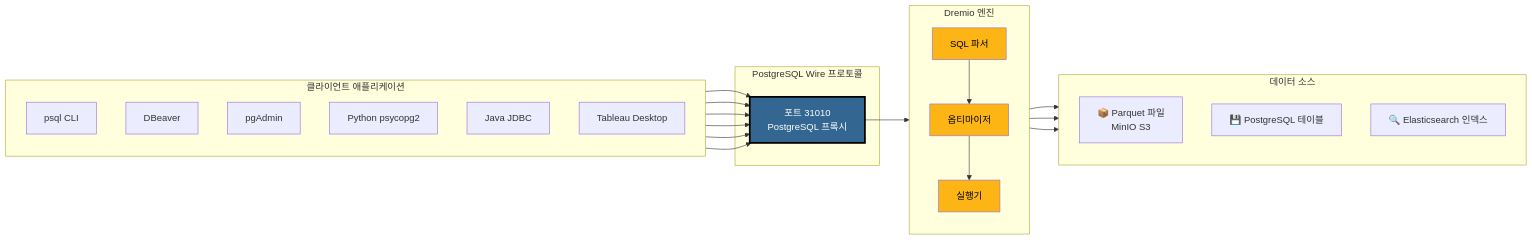
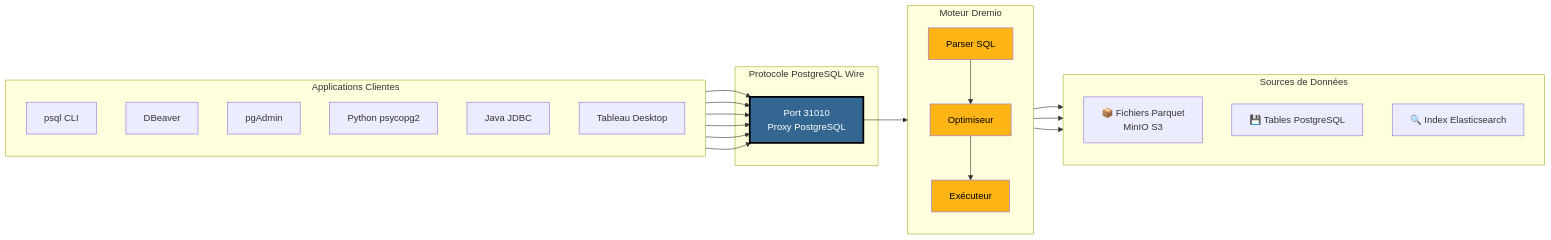
One commit to Monsau/Talentys-OSS-Data-Platform changed the second of 9 diagrams in docs/i18n/ko/architecture/dremio-ports-visual.md. Above: the diagram before and after it, drawn with Mermaid. The commit also changed other lines of this file and 485 other files, not shown here.

First line of the commit message:
feat: v1.1.0 - Complete i18n roadmap, AI services, and data platform

````diff
--- a/docs/i18n/ko/architecture/dremio-ports-visual.md
+++ b/docs/i18n/ko/architecture/dremio-ports-visual.md
@@ -70,44 +70,44 @@
 ```mermaid
 graph LR
-    subgraph "클라이언트 애플리케이션"
+    subgraph "Applications Clientes"
         direction TB
         A1[psql CLI]
         A2[DBeaver]
         A3[pgAdmin]
         A4[Python psycopg2]
         A5[Java JDBC]
         A6[Tableau Desktop]
     end
     
-    subgraph "PostgreSQL Wire 프로토콜"
-        P[포트 31010<br/>PostgreSQL 프록시]
+    subgraph "Protocole PostgreSQL Wire"
+        P[Port 31010<br/>Proxy PostgreSQL]
     end
     
-    subgraph "Dremio 엔진"
+    subgraph "Moteur Dremio"
         direction TB
-        M1[SQL 파서]
-        M2[옵티마이저]
-        M3[실행기]
+        M1[Parser SQL]
+        M2[Optimiseur]
+        M3[Exécuteur]
     end
     
-    subgraph "데이터 소스"
+    subgraph "Sources de Données"
         direction TB
-        S1[📦 Parquet 파일<br/>MinIO S3]
-        S2[💾 PostgreSQL 테이블]
-        S3[🔍 Elasticsearch 인덱스]
+        S1[📦 Fichiers Parquet<br/>MinIO S3]
+        S2[💾 Tables PostgreSQL]
+        S3[🔍 Index Elasticsearch]
     end
     
     A1 & A2 & A3 --> P
     A4 & A5 & A6 --> P
     
     P --> M1
     M1 --> M2
     M2 --> M3
     
     M3 --> S1 & S2 & S3
     
     style P fill:#336791,color:#fff,stroke:#000,stroke-width:3px
     style M1 fill:#FDB515,color:#000
     style M2 fill:#FDB515,color:#000
     style M3 fill:#FDB515,color:#000
 ```
````
